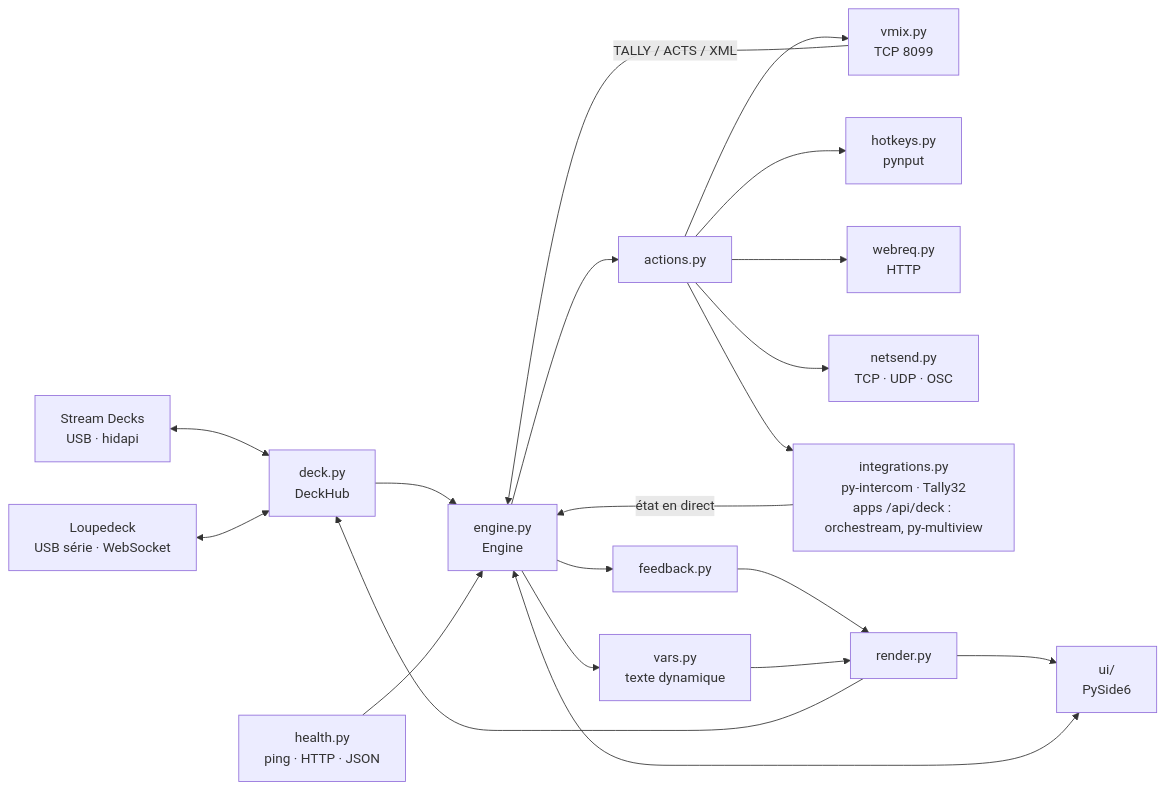
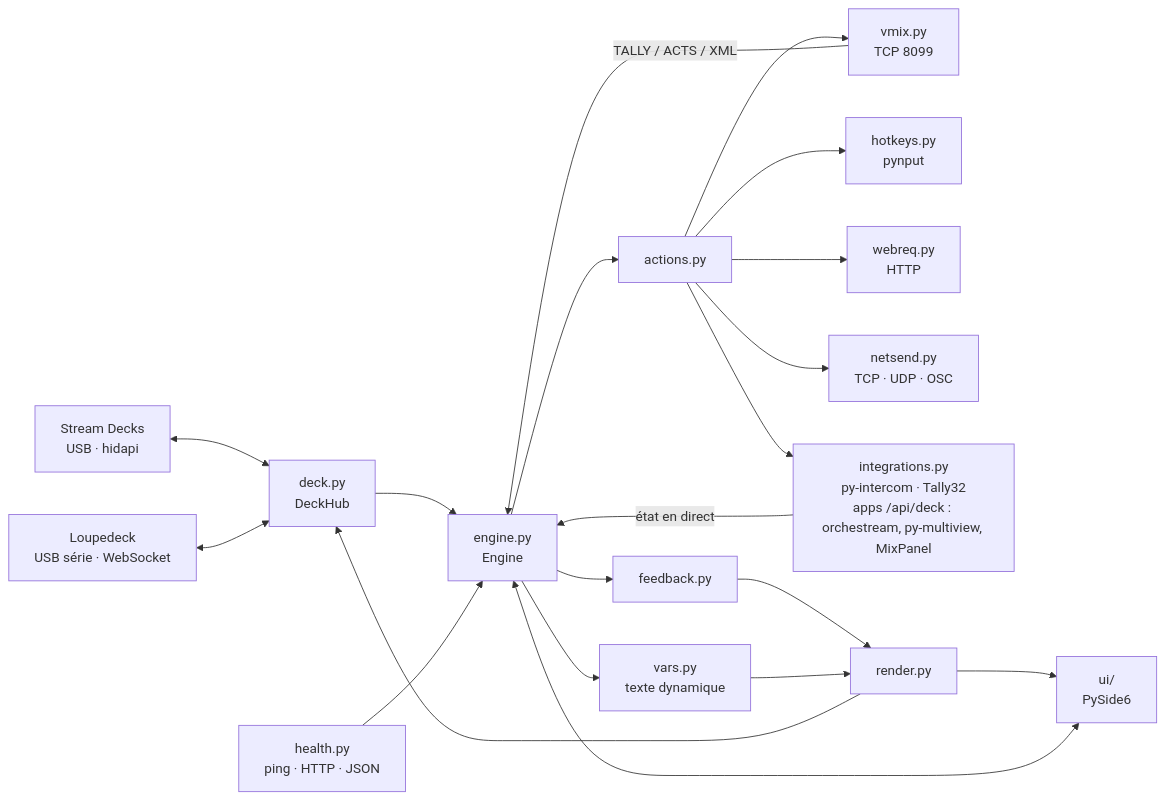
Before and after one commit to lfpoulain/py-livedeck: the diagram in docs/architecture.md, drawn with Mermaid. The commit also changed other lines of this file and 8 other files, not shown here.

First line of the commit message:
MixPanel pilotable : touches décrites par son API /api/deck

````diff
--- a/docs/architecture.md
+++ b/docs/architecture.md
@@ -7,19 +7,19 @@
 ```mermaid
 flowchart LR
     SD[Stream Decks<br/>USB · hidapi] <--> DM[deck.py<br/>DeckHub]
     LD[Loupedeck<br/>USB série · WebSocket] <--> DM
     DM --> E[engine.py<br/>Engine]
     UI[ui/<br/>PySide6] <--> E
     E --> A[actions.py]
     A --> VX[vmix.py<br/>TCP 8099]
     A --> HK[hotkeys.py<br/>pynput]
     A --> WR[webreq.py<br/>HTTP]
     A --> NS[netsend.py<br/>TCP · UDP · OSC]
-    A --> IN[integrations.py<br/>py-intercom · Tally32<br/>apps /api/deck : orchestream, py-multiview]
+    A --> IN[integrations.py<br/>py-intercom · Tally32<br/>apps /api/deck : orchestream, py-multiview, MixPanel]
     VX -- TALLY / ACTS / XML --> E
     IN -- état en direct --> E
     HL[health.py<br/>ping · HTTP · JSON] --> E
     E --> FB[feedback.py] --> R[render.py] --> DM
     E --> VA[vars.py<br/>texte dynamique] --> R
     R --> UI
 ```
````
